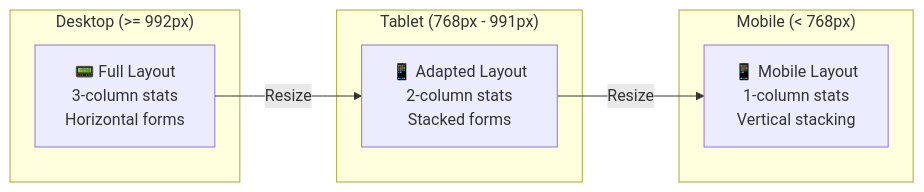
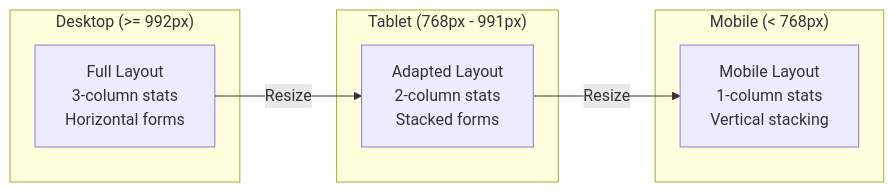
Before and after one commit to vickeycheng/AI_Test: the tenth of 18 diagrams in shared/design_document.md, drawn with Mermaid. The commit also changed other lines of this file, not shown here.

````diff
--- a/shared/design_document.md
+++ b/shared/design_document.md
@@ -603,17 +603,17 @@
 ```mermaid
 graph LR
-    subgraph "Desktop (>= 992px)"
-        DESKTOP[📟 Full Layout<br/>3-column stats<br/>Horizontal forms]
-    end
-    
-    subgraph "Tablet (768px - 991px)"
-        TABLET[📱 Adapted Layout<br/>2-column stats<br/>Stacked forms]
-    end
-    
-    subgraph "Mobile (< 768px)"
-        MOBILE[📱 Mobile Layout<br/>1-column stats<br/>Vertical stacking]
-    end
-    
-    DESKTOP -->|Resize| TABLET
-    TABLET -->|Resize| MOBILE
+ subgraph "Desktop (>= 992px)"
+ DESKTOP[Full Layout<br/>3-column stats<br/>Horizontal forms]
+ end
+ 
+ subgraph "Tablet (768px - 991px)"
+ TABLET[ Adapted Layout<br/>2-column stats<br/>Stacked forms]
+ end
+ 
+ subgraph "Mobile (< 768px)"
+ MOBILE[ Mobile Layout<br/>1-column stats<br/>Vertical stacking]
+ end
+ 
+ DESKTOP -->|Resize| TABLET
+ TABLET -->|Resize| MOBILE
 ```
````
